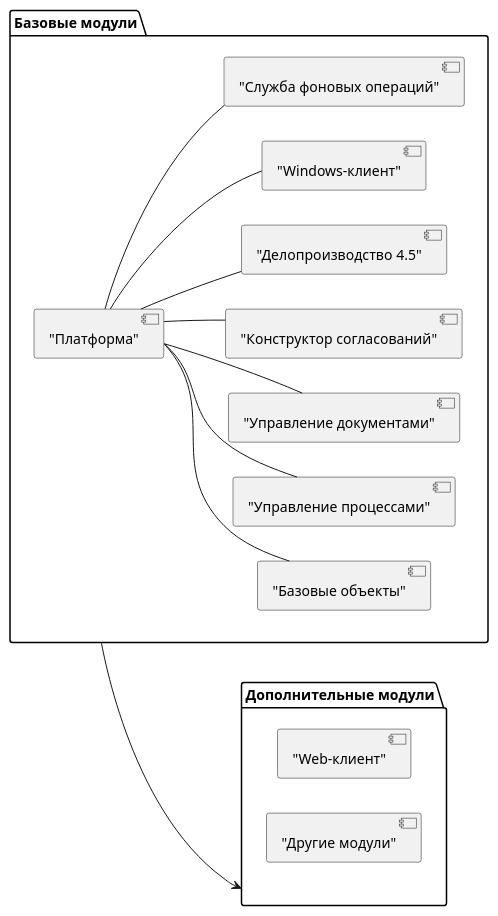
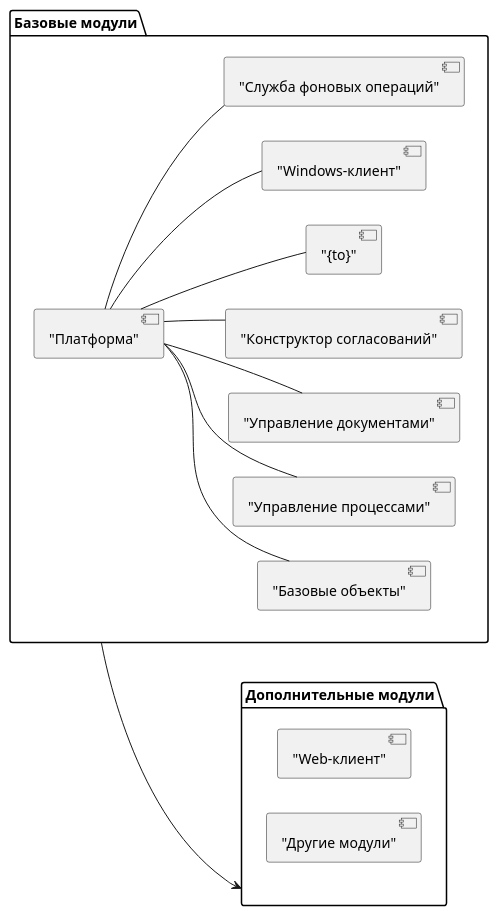
One commit to Docsvision/antora-install-guide changed the diagram in modules/ROOT/pages/index.adoc. Above: the diagram before and after it, drawn with PlantUML. The commit also changed other lines of this file and 3 other files, not shown here.

```diff
--- a/modules/ROOT/pages/index.adoc
+++ b/modules/ROOT/pages/index.adoc
@@ -82,49 +82,49 @@
 [plantuml, svg]
 ....
 @startuml
 left to right direction
 
 package "Базовые модули" as base {
 
 ["Платформа"] as platform
 ["Базовые объекты"] as baseobjects
 ["Управление процессами"] as workflow
 ["Управление документами"] as documentmanagement
 ["Конструктор согласований"] as approvaldesigner
-["Делопроизводство 4.5"] as takeoffice
+["{to}"] as takeoffice
 ["Windows-клиент"] as windowsclient
 ["Служба фоновых операций"] as workerservice
 }
 
 [baseobjects] -- [platform]
 [workflow] -- [platform]
 [takeoffice] -- [platform]
 [windowsclient] -- [platform]
 [documentmanagement] -- [platform]
 [approvaldesigner] -- [platform]
 [workerservice] -- [platform]
 
 package "Дополнительные модули" as additional {
 
 ["Web-клиент"] as webclient
 ["Другие модули"] as other
 }
 
 platform -[hidden]-> baseobjects
 platform -[hidden]-> workflow
 platform -[hidden]-> takeoffice
 platform -[hidden]-> windowsclient
 platform -[hidden]-> documentmanagement
 platform -[hidden]-> approvaldesigner
 platform -[hidden]-> workerservice
 
 package "Дополнительные модули" as additional {
 
 ["Web-клиент"] as webclient
 ["Другие модули"] as other
 }
 
 base -down-> additional
 
 @enduml
 ....
```
